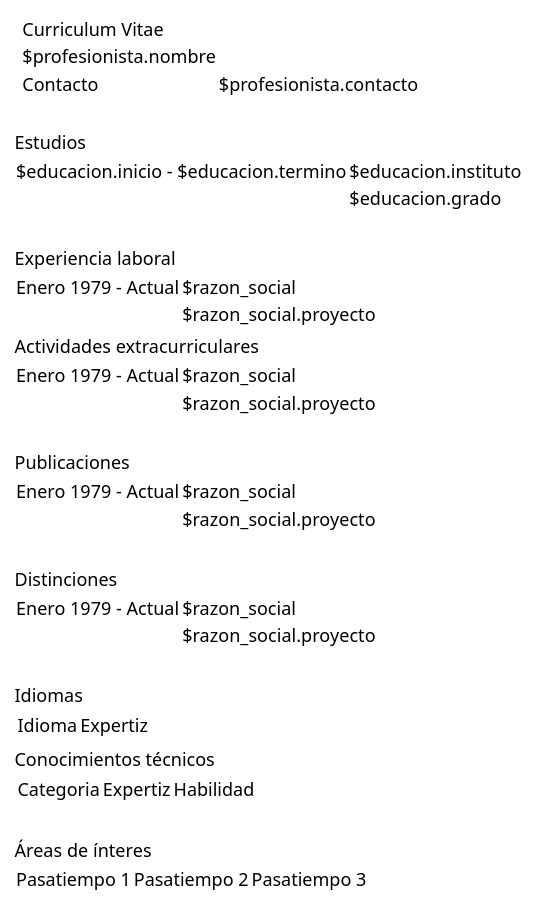
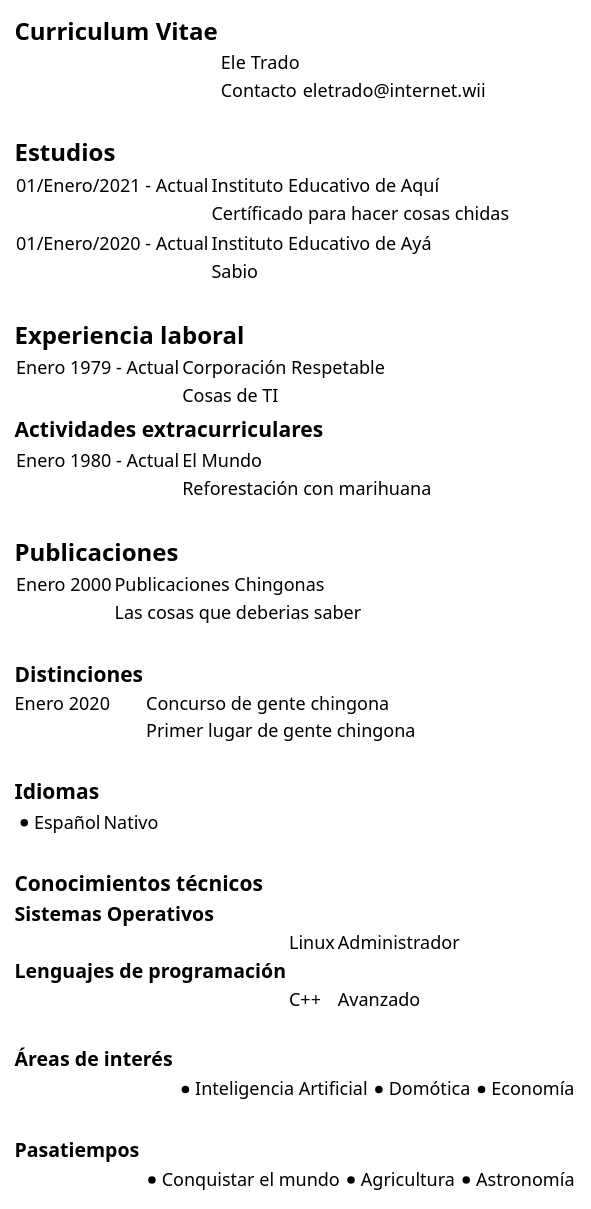
The diagram in arc/landing.puml (emirhg/curriculum-vitae), drawn with PlantUML before and after one commit.

Commit message:
chg: dev: Prototipo de ejemplo de un Curriculum Vitae

```diff
--- a/arc/landing.puml
+++ b/arc/landing.puml
@@ -1,67 +1,73 @@
 @startsalt
   {
     {
-      .|Curriculum Vitae|.
-      .| $profesionista.nombre | .
-      .|Contacto | $profesionista.contacto
+      =Curriculum Vitae
+      .| Ele Trado | .
+      .|Contacto | eletrado@internet.wii
     }
     .
     {
-      Estudios|.
+      =Estudios|.
       {
-        $educacion.inicio - $educacion.termino | $educacion.instituto
-        .|$educacion.grado
+        01/Enero/2021 - Actual | Instituto Educativo de Aquí
+        .| Certíficado para hacer cosas chidas
       }
-
-    }
-    .
-    {
-      Experiencia laboral | .
       {
-        Enero 1979 - Actual | $razon_social
-        .|  $razon_social.proyecto
-      }
-    }
-    {
-      Actividades extracurriculares | .
-      {
-        Enero 1979 - Actual | $razon_social
-        .|  $razon_social.proyecto
+        01/Enero/2020 - Actual | Instituto Educativo de Ayá
+        .| Sabio
       }
     }
     .
     {
-      Publicaciones | .
+      =Experiencia laboral | .
       {
-        Enero 1979 - Actual | $razon_social
-        .|  $razon_social.proyecto
+        Enero 1979 - Actual | Corporación Respetable
+        .|  Cosas de TI
+      }
+    }
+    {
+      ==Actividades extracurriculares | .
+      {
+        Enero 1980 - Actual | El Mundo
+        .|  Reforestación con marihuana
       }
     }
     .
     {
-      Distinciones | .
+      =Publicaciones | .
       {
-        Enero 1979 - Actual | $razon_social
-        .|  $razon_social.proyecto
+        Enero 2000 | Publicaciones Chingonas
+        .|  Las cosas que deberias saber
       }
     }
     .
     {
-      Idiomas | .
-      {
-        {Idioma | Expertiz }
-      }
-    }
-    {
-      Conocimientos técnicos | .
-      {
-        {Categoria | Expertiz | Habilidad}
-      }
+      ==Distinciones
+      Enero 2020 | Concurso de gente chingona
+      .|  Primer lugar de gente chingona
     }
     .
     {
-      Áreas de ínteres
-      { Pasatiempo 1 | Pasatiempo 2 | Pasatiempo 3}
+      ==Idiomas
+      { * Español | Nativo }
+    }
+    .
+    {
+      ==Conocimientos técnicos
+      ===Sistemas Operativos
+      .| Linux | Administrador
+      ===Lenguajes de programación
+      .| C++ | Avanzado
+    }
+    .
+    {
+      ===Áreas de interés
+      .|{ * Inteligencia Artificial | * Domótica | * Economía }
+    }
+    .
+    {
+      ===Pasatiempos
+      .|{ * Conquistar el mundo | * Agricultura | * Astronomía }
     }
   }
 @endsalt
```
